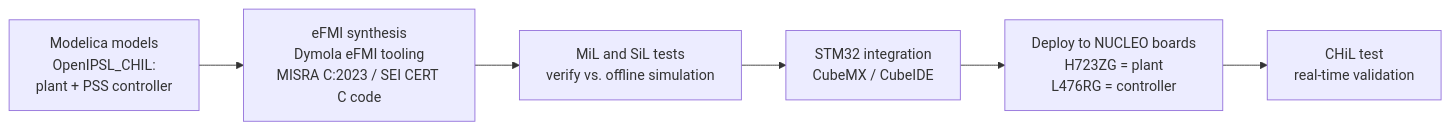
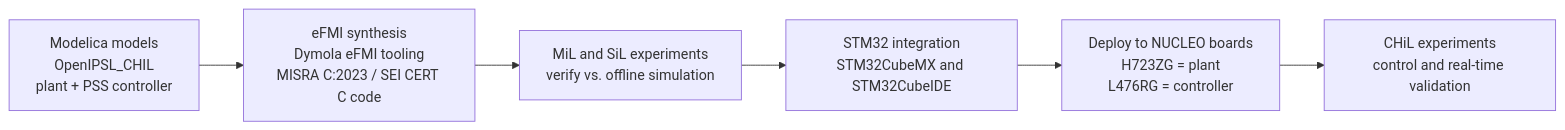
One commit to ALSETLab/efmi-pss-use-case changed the diagram in README.md. Above: the diagram before and after it, drawn with Mermaid. The commit also changed other lines of this file and 2181 other files, not shown here.

````diff
--- a/README.md
+++ b/README.md
@@ -23,8 +33,8 @@
 ```mermaid
 flowchart LR
-  A["Modelica models<br/>OpenIPSL_CHIL:<br/>plant + PSS controller"] --> B["eFMI synthesis<br/>Dymola eFMI tooling<br/>MISRA C:2023 / SEI CERT C code"]
-  B --> C["MiL and SiL tests<br/>verify vs. offline simulation"]
-  C --> D["STM32 integration<br/>CubeMX / CubeIDE"]
+  A["Modelica models<br/>OpenIPSL_CHIL<br/>plant + PSS controller"] --> B["eFMI synthesis<br/>Dymola eFMI tooling<br/>MISRA C:2023 / SEI CERT C code"]
+  B --> C["MiL and SiL experiments<br/>verify vs. offline simulation"]
+  C --> D["STM32 integration<br/>STM32CubeMX and STM32CubeIDE"]
   D --> E["Deploy to NUCLEO boards<br/>H723ZG = plant<br/>L476RG = controller"]
-  E --> F["CHiL test<br/>real-time validation"]
+  E --> F["CHiL experiments<br/>control and real-time validation"]
 ```
````
